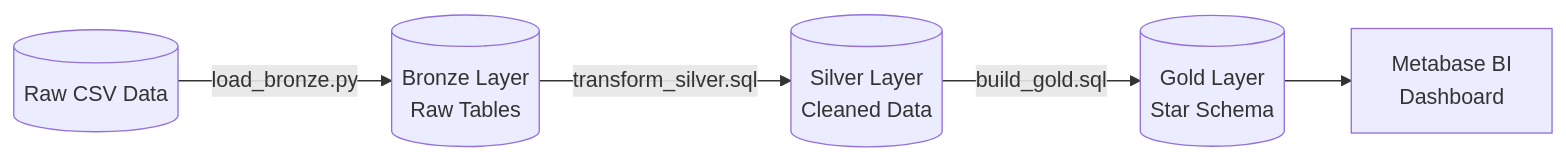
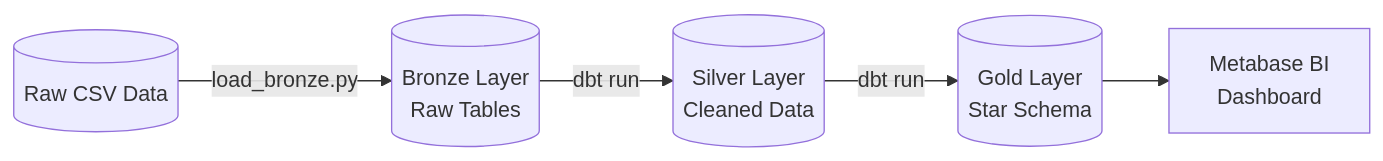
One commit to luckylaplace/irish-rent-analytics changed the first of 4 diagrams in README.md. Above: the diagram before and after it, drawn with Mermaid. The commit also changed other lines of this file and 21 other files, not shown here.

First line of the commit message:
feat: fully migrate to modern data stack with dbt

````diff
--- a/README.md
+++ b/README.md
@@ -26,7 +27,7 @@
 ```mermaid
 graph LR
     A[(Raw CSV Data)] -->|load_bronze.py| B[(Bronze Layer<br/>Raw Tables)]
-    B -->|transform_silver.sql| C[(Silver Layer<br/>Cleaned Data)]
-    C -->|build_gold.sql| D[(Gold Layer<br/>Star Schema)]
+    B -->|dbt run| C[(Silver Layer<br/>Cleaned Data)]
+    C -->|dbt run| D[(Gold Layer<br/>Star Schema)]
     D --> E[Metabase BI<br/>Dashboard]
 ```
````
